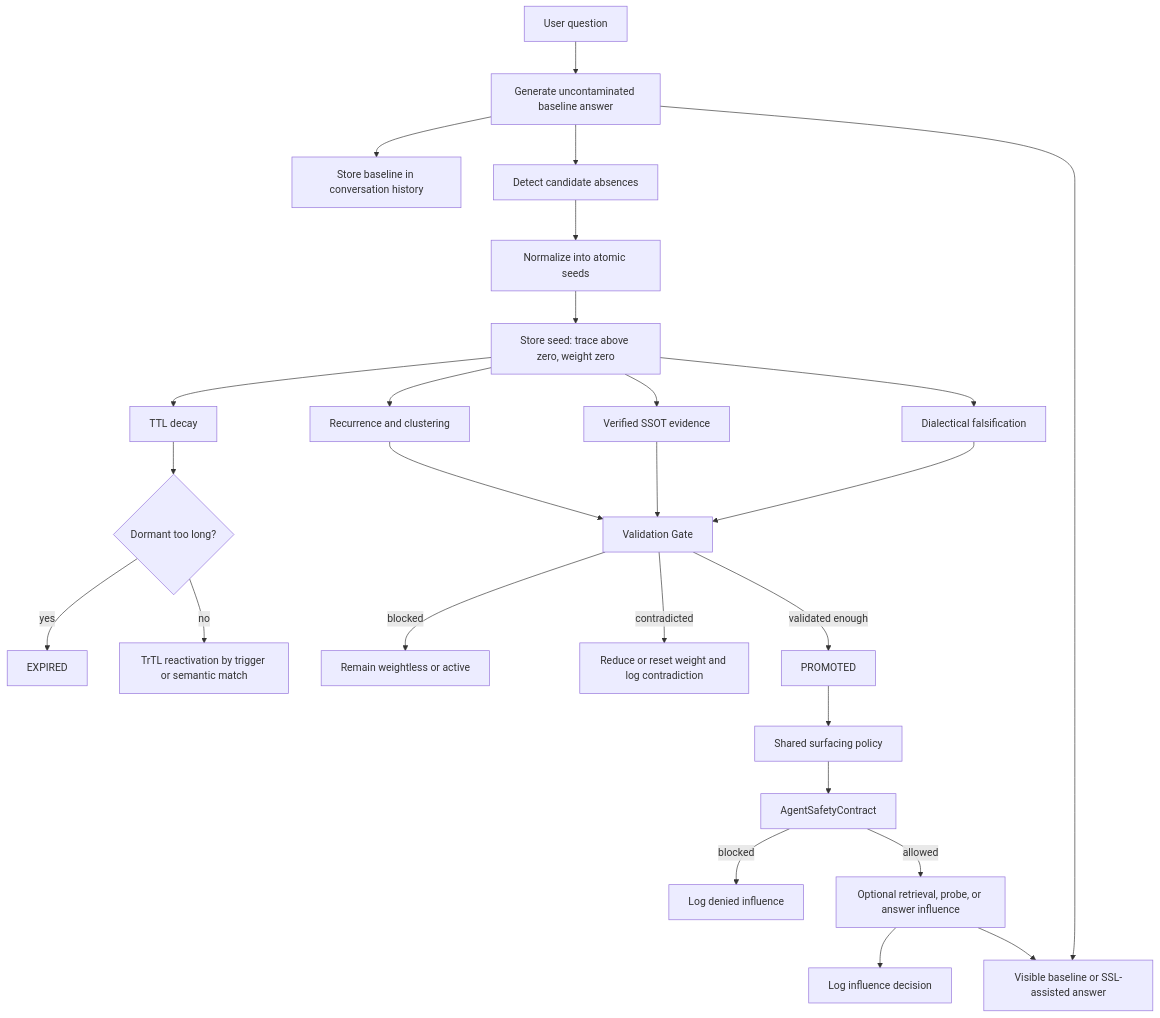
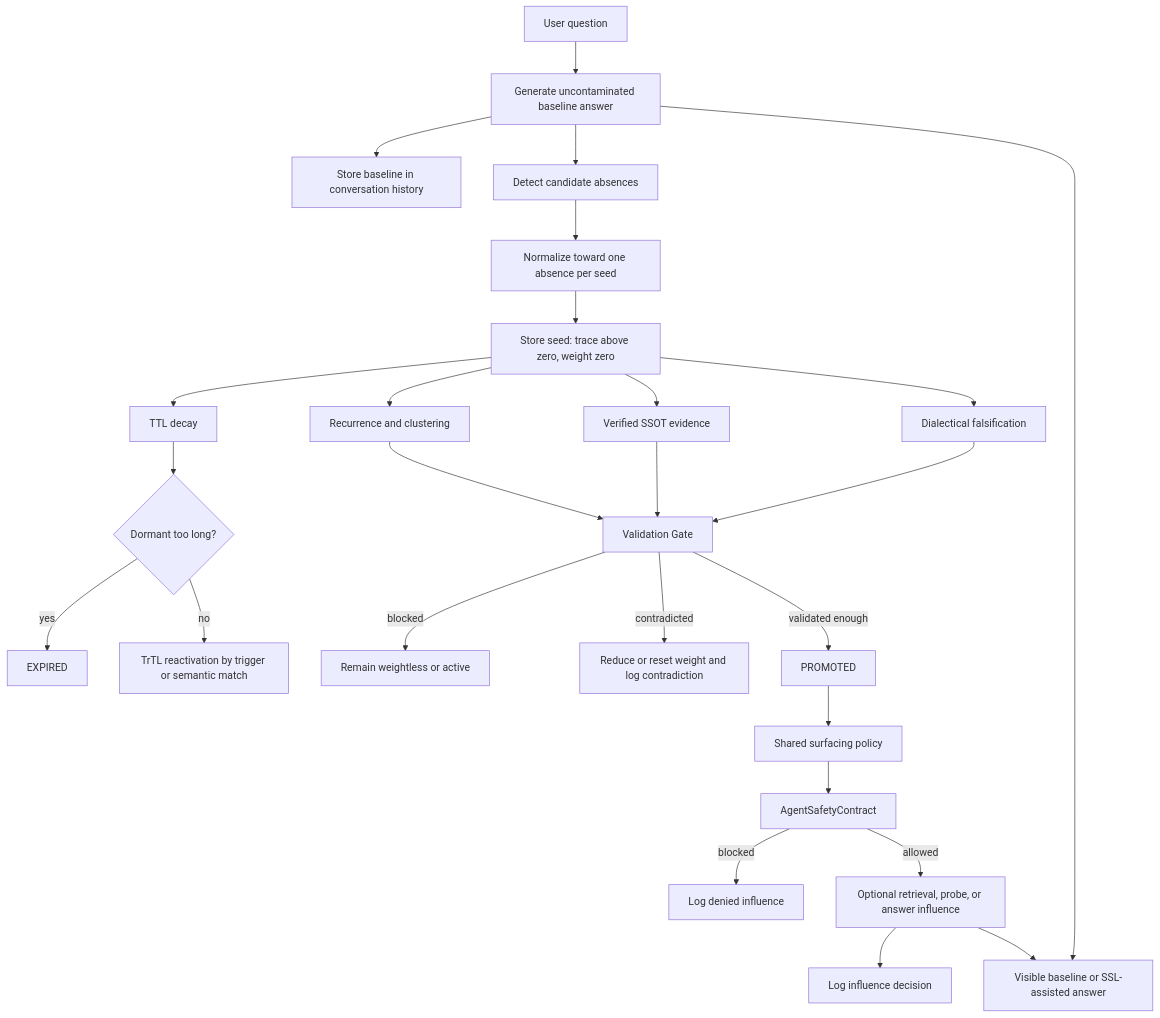
Before and after one commit to E-AI-MODEL/shadowseed-pro: the diagram in README.md, drawn with Mermaid. The commit also changed other lines of this file and 5 other files, not shown here.

````diff
--- a/README.md
+++ b/README.md
@@ -191,33 +191,33 @@
 ```mermaid
 flowchart TD
     Q[User question] --> B[Generate uncontaminated baseline answer]
     B --> H[Store baseline in conversation history]
     B --> D[Detect candidate absences]
-    D --> N[Normalize into atomic seeds]
+    D --> N[Normalize toward one absence per seed]
     N --> S[Store seed: trace above zero, weight zero]
 
     S --> T[TTL decay]
     T --> X{Dormant too long?}
     X -->|yes| E[EXPIRED]
     X -->|no| R[TrTL reactivation by trigger or semantic match]
 
     S --> C[Recurrence and clustering]
     S --> O[Verified SSOT evidence]
     S --> F[Dialectical falsification]
     C --> G[Validation Gate]
     O --> G
     F --> G
 
     G -->|blocked| W[Remain weightless or active]
     G -->|contradicted| Z[Reduce or reset weight and log contradiction]
     G -->|validated enough| P[PROMOTED]
 
     P --> U[Shared surfacing policy]
     U --> A[AgentSafetyContract]
     A -->|blocked| L[Log denied influence]
     A -->|allowed| I[Optional retrieval, probe, or answer influence]
     I --> J[Log influence decision]
 
     B --> V[Visible baseline or SSL-assisted answer]
     I --> V
 ```
````
